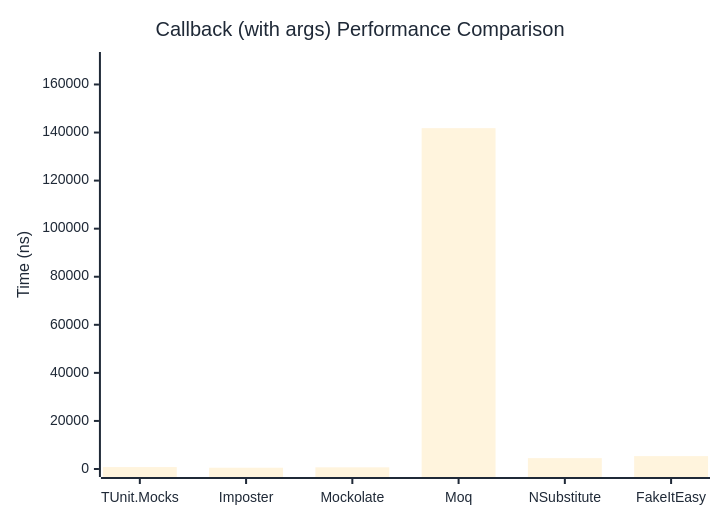
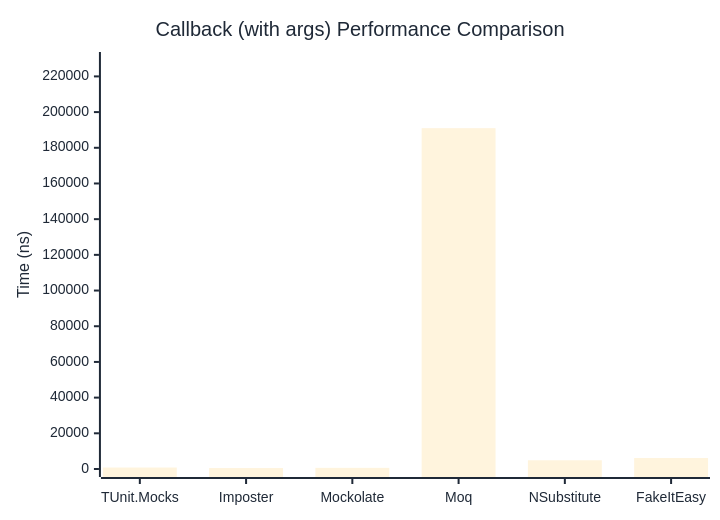
One commit to thomhurst/TUnit changed the second of 2 diagrams in docs/docs/benchmarks/mocks/Callback.md. Above: the diagram before and after it, drawn with Mermaid. The commit also changed other lines of this file and 14 other files, not shown here.

````diff
--- a/docs/docs/benchmarks/mocks/Callback.md
+++ b/docs/docs/benchmarks/mocks/Callback.md
@@ -69,27 +69,27 @@
 ```mermaid
 %%{init: {
   'theme':'base',
   'themeVariables': {
     'primaryColor': '#2563eb',
     'primaryTextColor': '#1f2937',
     'primaryBorderColor': '#1e40af',
     'lineColor': '#6b7280',
     'secondaryColor': '#7c3aed',
     'tertiaryColor': '#dc2626',
     'background': '#ffffff',
     'pie1': '#2563eb',
     'pie2': '#7c3aed',
     'pie3': '#dc2626',
     'pie4': '#f59e0b',
     'pie5': '#10b981',
     'pie6': '#06b6d4',
     'pie7': '#ec4899',
     'pie8': '#6366f1'
   }
 }}%%
 xychart-beta
   title "Callback (with args) Performance Comparison"
   x-axis ["TUnit.Mocks", "Imposter", "Mockolate", "Moq", "NSubstitute", "FakeItEasy"]
-  y-axis "Time (ns)" 0 --> 170182
-  bar [801.7, 532.3, 697.4, 141818.1, 4525.2, 5370.5]
+  y-axis "Time (ns)" 0 --> 229189
+  bar [830.1, 536.3, 646.7, 190990.8, 4895.8, 6148.9]
 ```
````
